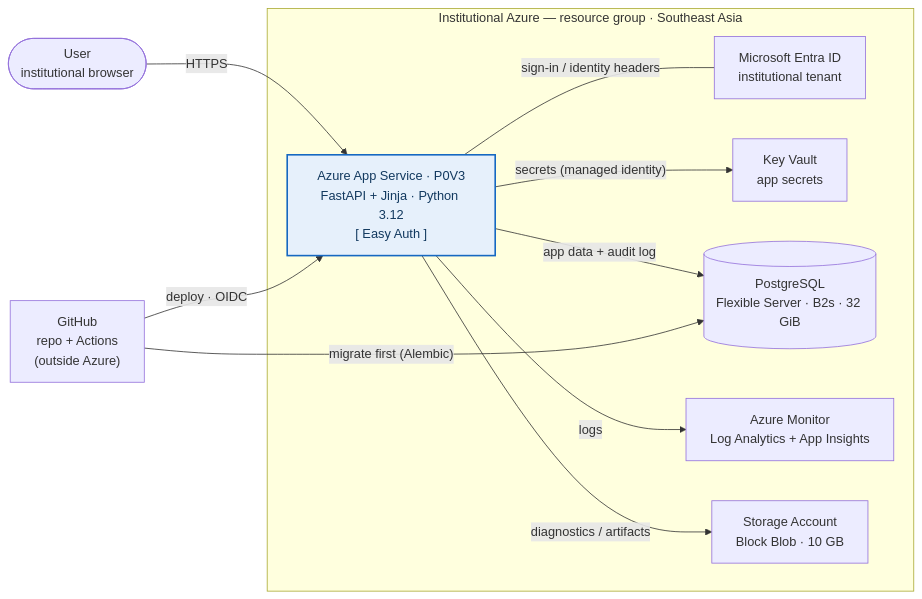
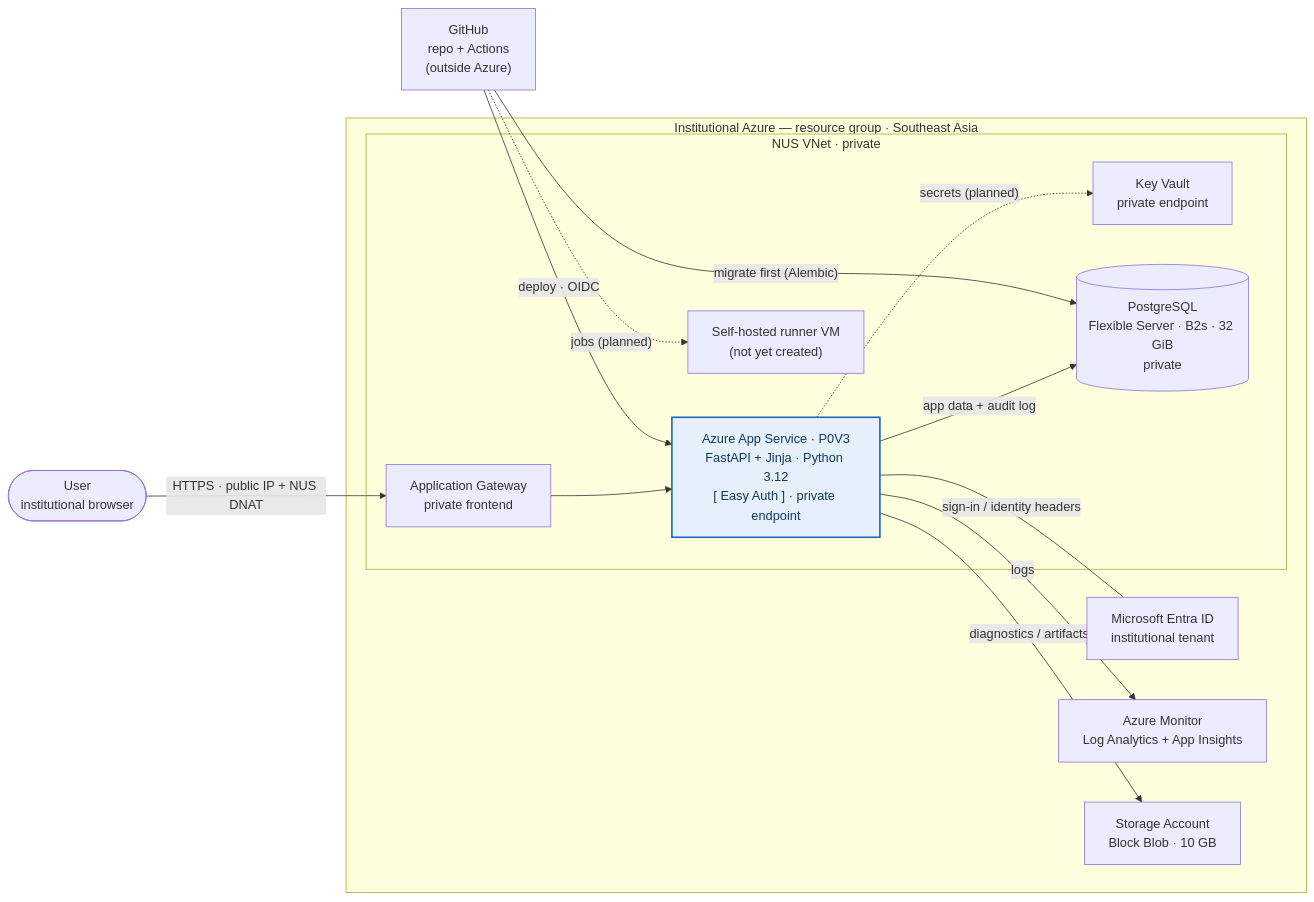
The diagram in docs/architecture.md (philoyhc/review-robin-web), drawn with Mermaid before and after one commit. The commit also changed other lines of this file and 14 other files, not shown here.

````diff
--- a/docs/architecture.md
+++ b/docs/architecture.md
@@ -19,26 +19,32 @@
 ```mermaid
 flowchart LR
     User(["User<br/>institutional browser"])
     GH["GitHub<br/>repo + Actions<br/>(outside Azure)"]
 
     subgraph AZ["Institutional Azure — resource group · Southeast Asia"]
         Entra["Microsoft Entra ID<br/>institutional tenant"]
-        App["Azure App Service · P0V3<br/>FastAPI + Jinja · Python 3.12<br/>[ Easy Auth ]"]
-        KV["Key Vault<br/>app secrets"]
-        PG[("PostgreSQL<br/>Flexible Server · B2s · 32 GiB")]
+        subgraph VNET["NUS VNet · private"]
+            AGW["Application Gateway<br/>private frontend"]
+            App["Azure App Service · P0V3<br/>FastAPI + Jinja · Python 3.12<br/>[ Easy Auth ] · private endpoint"]
+            KV["Key Vault<br/>private endpoint"]
+            PG[("PostgreSQL<br/>Flexible Server · B2s · 32 GiB<br/>private")]
+            RUN["Self-hosted runner VM<br/>(not yet created)"]
+        end
         MON["Azure Monitor<br/>Log Analytics + App Insights"]
         ST["Storage Account<br/>Block Blob · 10 GB"]
     end
 
-    User -->|HTTPS| App
+    User -->|"HTTPS · public IP + NUS DNAT"| AGW
+    AGW --> App
     App ---|"sign-in / identity headers"| Entra
-    App -->|"secrets (managed identity)"| KV
+    App -.->|"secrets (planned)"| KV
     App -->|"app data + audit log"| PG
     App -->|logs| MON
     App -->|"diagnostics / artifacts"| ST
     GH -->|"deploy · OIDC"| App
     GH -->|"migrate first (Alembic)"| PG
+    GH -.->|"jobs (planned)"| RUN
 
     classDef heart fill:#e6f0fb,stroke:#1668c1,stroke-width:2px,color:#12395f;
     class App heart;
 ```
````
